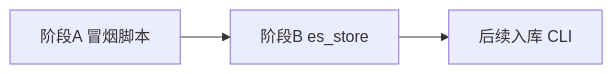
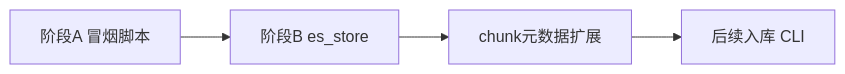
Before and after one commit to zane-xu-ai/rag_law: the diagram in doc/plan/v1.0.3-es-store-plan.md, drawn with Mermaid. The commit also changed other lines of this file, not shown here.

````diff
--- a/doc/plan/v1.0.3-es-store-plan.md
+++ b/doc/plan/v1.0.3-es-store-plan.md
@@ -120,8 +177,10 @@
 ```mermaid
 flowchart LR
   smoke[阶段A 冒烟脚本]
   store[阶段B es_store]
+  meta[chunk元数据扩展]
   ingest[后续入库 CLI]
   smoke --> store
-  store --> ingest
+  store --> meta
+  meta --> ingest
 ```
````
